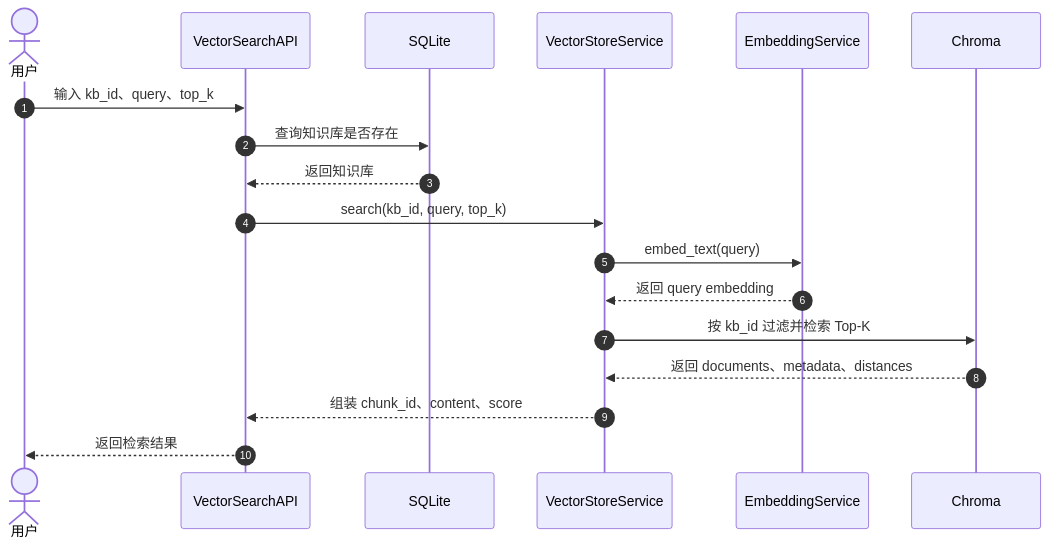
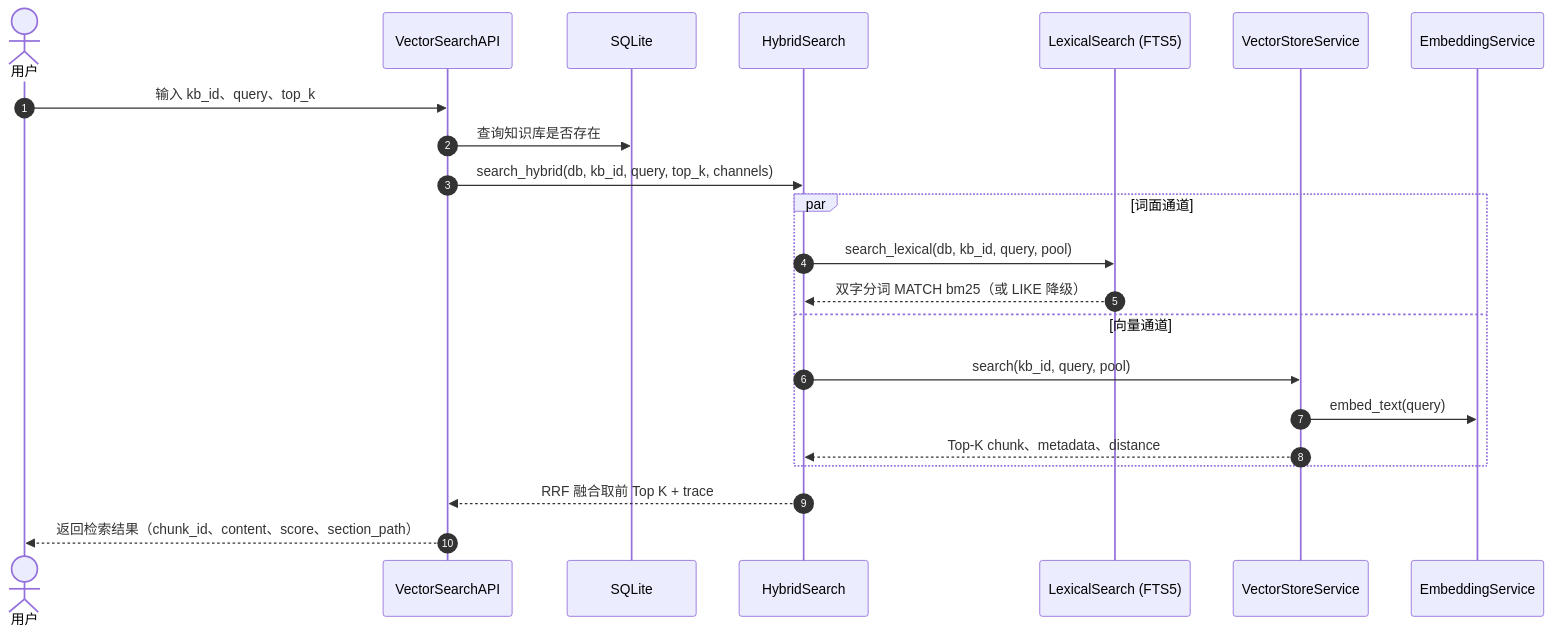
Before and after one commit to LBStruggleee/KnowFlow: the fifth of 5 diagrams in docs/系统UML图.md, drawn with Mermaid. The commit also changed other lines of this file and 16 other files, not shown here.

````diff
--- a/docs/系统UML图.md
+++ b/docs/系统UML图.md
@@ -311,21 +429,27 @@
 ```mermaid
 sequenceDiagram
     autonumber
     actor User as 用户
     participant SearchAPI as VectorSearchAPI
     participant DB as SQLite
+    participant Hybrid as HybridSearch
+    participant Lexical as LexicalSearch (FTS5)
     participant Vector as VectorStoreService
     participant Embed as EmbeddingService
-    participant Chroma as Chroma
 
     User->>SearchAPI: 输入 kb_id、query、top_k
     SearchAPI->>DB: 查询知识库是否存在
-    DB-->>SearchAPI: 返回知识库
-    SearchAPI->>Vector: search(kb_id, query, top_k)
-    Vector->>Embed: embed_text(query)
-    Embed-->>Vector: 返回 query embedding
-    Vector->>Chroma: 按 kb_id 过滤并检索 Top-K
-    Chroma-->>Vector: 返回 documents、metadata、distances
-    Vector-->>SearchAPI: 组装 chunk_id、content、score
-    SearchAPI-->>User: 返回检索结果
+    SearchAPI->>Hybrid: search_hybrid(db, kb_id, query, top_k, channels)
+
+    par 词面通道
+        Hybrid->>Lexical: search_lexical(db, kb_id, query, pool)
+        Lexical-->>Hybrid: 双字分词 MATCH bm25（或 LIKE 降级）
+    and 向量通道
+        Hybrid->>Vector: search(kb_id, query, pool)
+        Vector->>Embed: embed_text(query)
+        Vector-->>Hybrid: Top-K chunk、metadata、distance
+    end
+
+    Hybrid-->>SearchAPI: RRF 融合取前 Top K + trace
+    SearchAPI-->>User: 返回检索结果（chunk_id、content、score、section_path）
 ```
````
